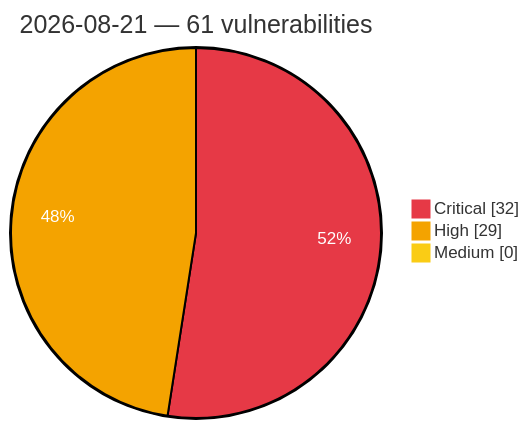
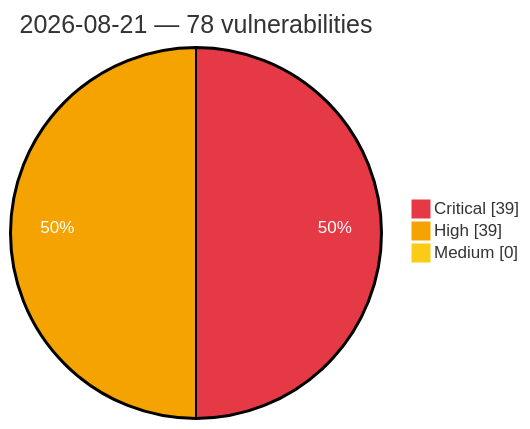
One commit to GhostX0X/vuln-tracker changed the diagram in vulnerabilities/2026/August/2026-08-21.md. Above: the diagram before and after it, drawn with Mermaid. The commit also changed other lines of this file and 5 other files, not shown here.

Commit message:
Auto update: critical/high vulns (2026-08-21 22:50 UTC)

````diff
--- a/vulnerabilities/2026/August/2026-08-21.md
+++ b/vulnerabilities/2026/August/2026-08-21.md
@@ -3,8 +3,8 @@
 ```mermaid
 %%{init: {'theme':'base', 'themeVariables': {'pie1':'#e63946', 'pie2':'#f4a300', 'pie3':'#facc15', 'pieOpacity':'1', 'pieOuterStrokeWidth':'2px', 'pieSectionTextColor':'#ffffff'}}}%%
 pie showData
-    title 2026-08-21 — 61 vulnerabilities
-    "Critical" : 32
-    "High" : 29
+    title 2026-08-21 — 78 vulnerabilities
+    "Critical" : 39
+    "High" : 39
     "Medium" : 0
 ```
````
